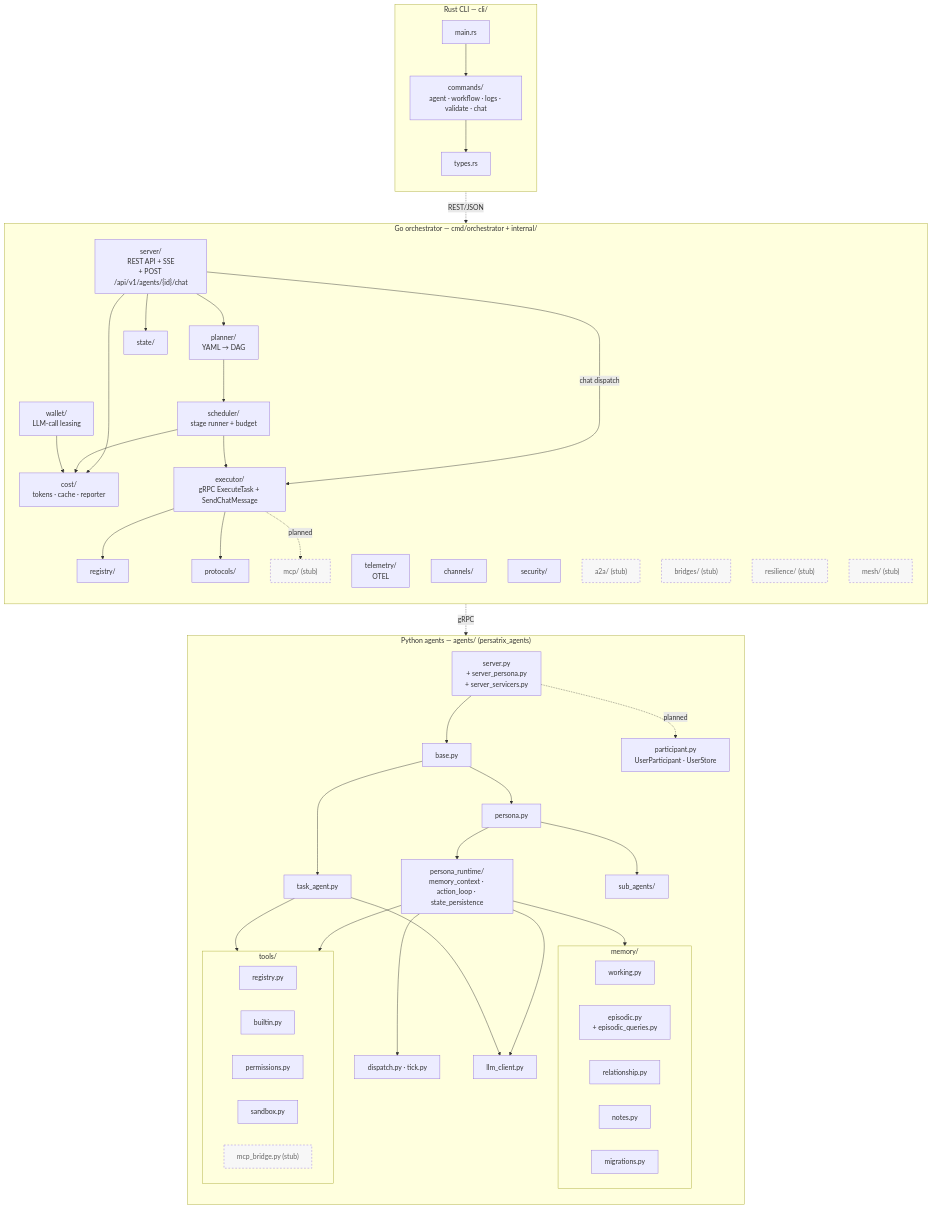
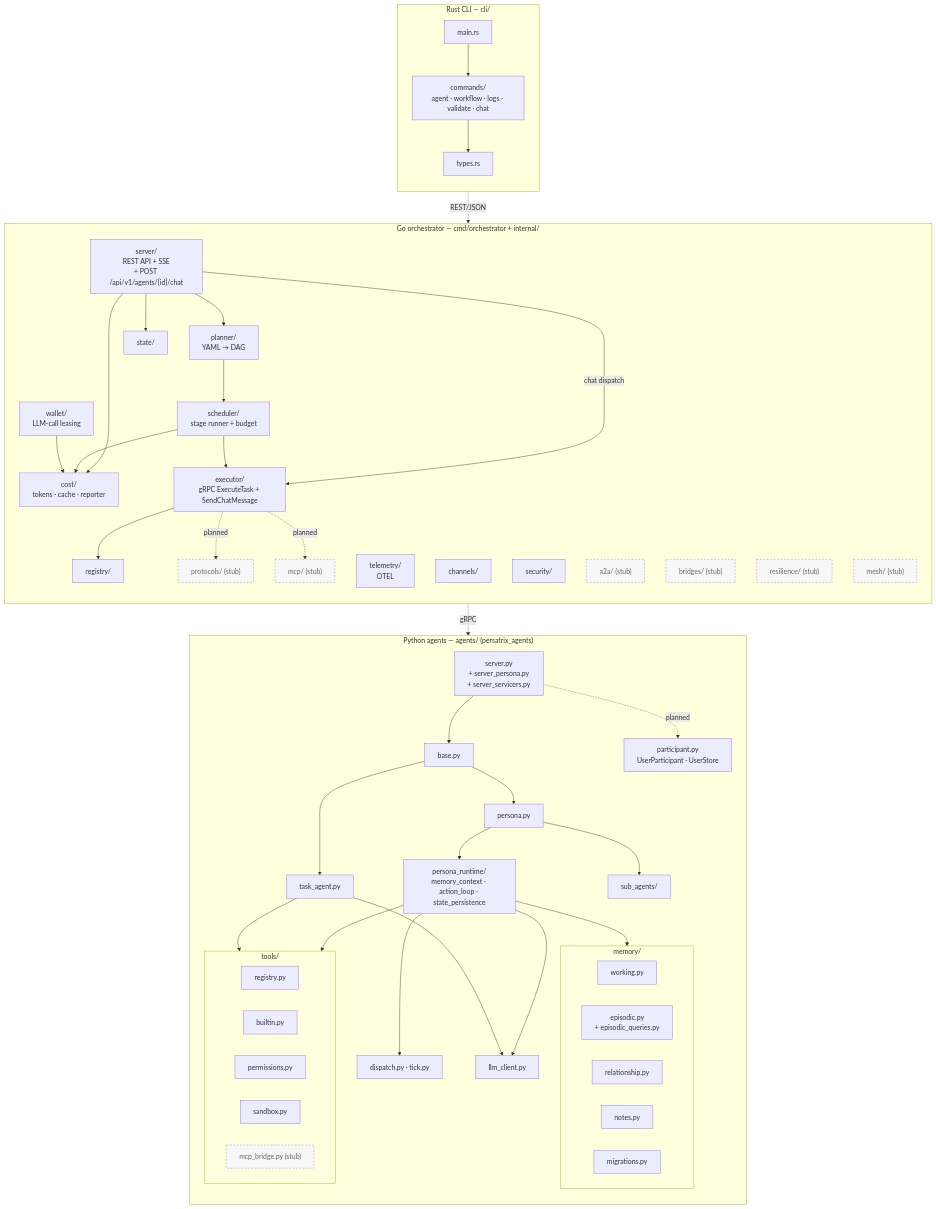
Before and after one commit to mkhomutov/Persatrix: the diagram in docs/diagrams/component-architecture.md, drawn with Mermaid. The commit also changed other lines of this file and 7 other files, not shown here.

```diff
--- a/docs/diagrams/component-architecture.md
+++ b/docs/diagrams/component-architecture.md
@@ -26,7 +26,6 @@
         COST["cost/<br/>tokens · cache · reporter"]
         WALLET["wallet/<br/>LLM-call leasing"]
         TELE["telemetry/<br/>OTEL"]
-        PROTOS["protocols/"]
         CHAN["channels/"]
         SEC["security/"]
 
@@ -35,6 +34,7 @@
         RES["resilience/ (stub)"]:::stub
         MESH["mesh/ (stub)"]:::stub
         MCPG["mcp/ (stub)"]:::stub
+        PROTOS["protocols/ (stub)"]:::stub
 
         SERVER --> PLANNER
         SERVER --> STATE
@@ -45,7 +45,7 @@
         SCHEDULER --> COST
         WALLET --> COST
         EXECUTOR --> REGISTRY
-        EXECUTOR --> PROTOS
+        EXECUTOR -. planned .-> PROTOS
         EXECUTOR -. planned .-> MCPG
     end
 
```
